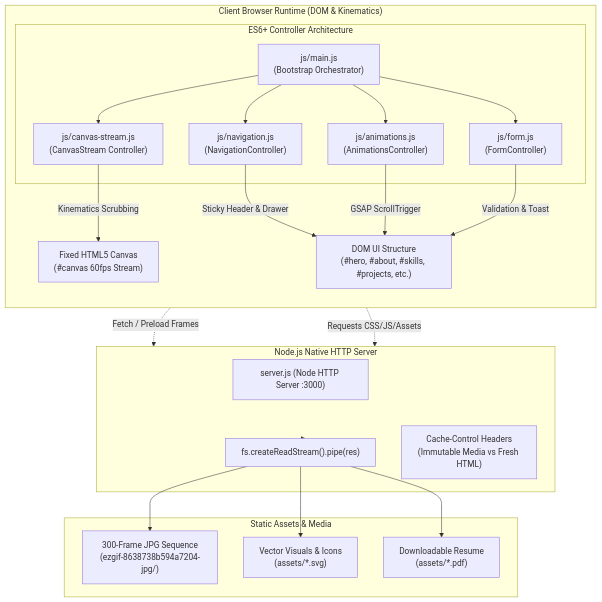
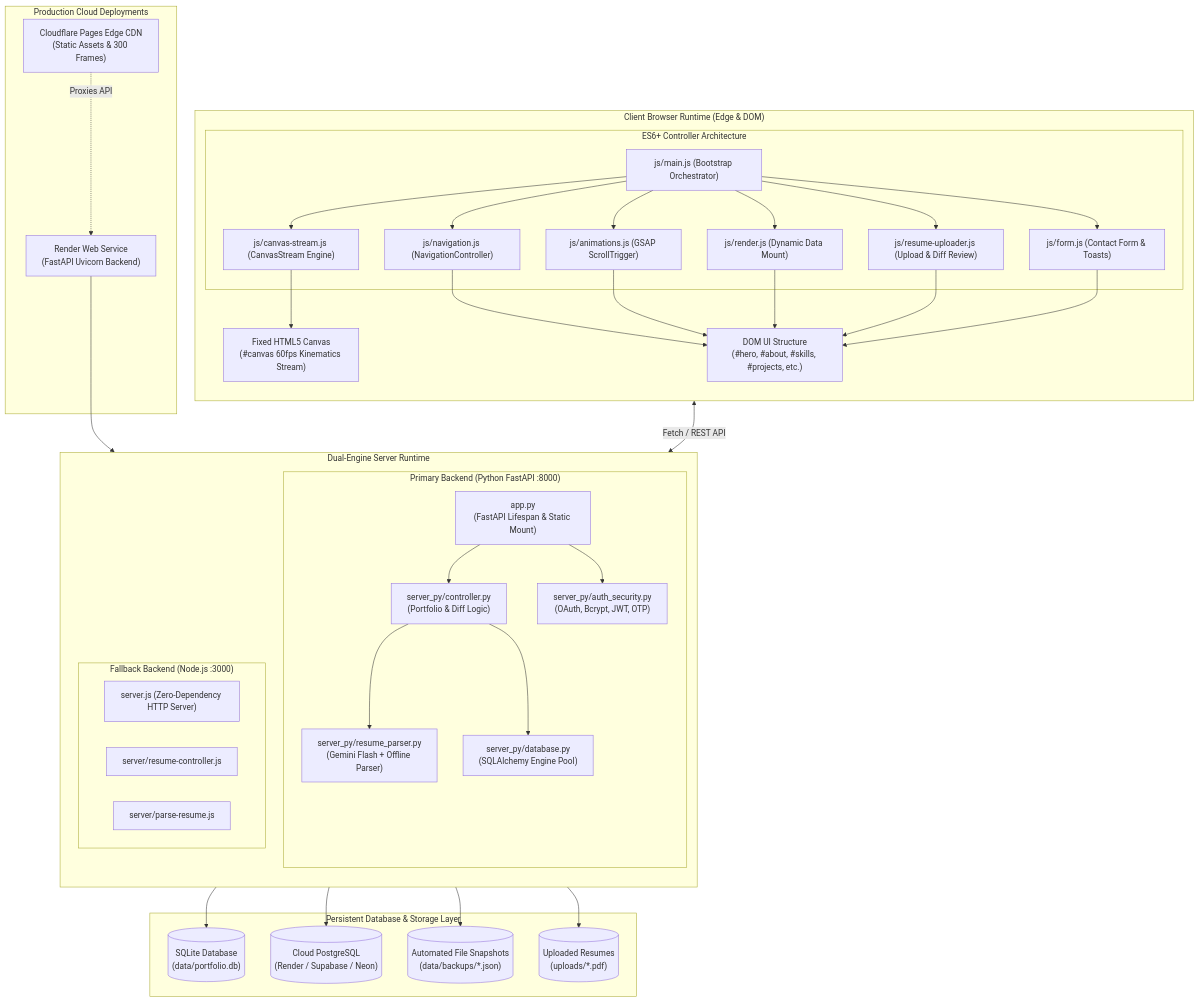
One commit to alam292/Protfolio changed the first of 6 diagrams in README.md. Above: the diagram before and after it, drawn with Mermaid. The commit also changed other lines of this file, not shown here.

Commit message:
docs: update README with v2.0.0 features, tech stack, and API docs

````diff
--- a/README.md
+++ b/README.md
@@ -127,45 +81,74 @@
 ```mermaid
 flowchart TB
-    subgraph Client ["Client Browser Runtime (DOM & Kinematics)"]
+    subgraph ClientLayer ["Client Browser Runtime (Edge & DOM)"]
         direction TB
         DOM["DOM UI Structure<br/>(#hero, #about, #skills, #projects, etc.)"]
-        CanvasBg["Fixed HTML5 Canvas<br/>(#canvas 60fps Stream)"]
+        CanvasBg["Fixed HTML5 Canvas<br/>(#canvas 60fps Kinematics Stream)"]
         
         subgraph Controllers ["ES6+ Controller Architecture"]
-            Main["js/main.js<br/>(Bootstrap Orchestrator)"]
-            CS["js/canvas-stream.js<br/>(CanvasStream Controller)"]
-            Nav["js/navigation.js<br/>(NavigationController)"]
-            Anim["js/animations.js<br/>(AnimationsController)"]
-            FormCtrl["js/form.js<br/>(FormController)"]
+            Main["js/main.js (Bootstrap Orchestrator)"]
+            CS["js/canvas-stream.js (CanvasStream Engine)"]
+            Nav["js/navigation.js (NavigationController)"]
+            Anim["js/animations.js (GSAP ScrollTrigger)"]
+            Render["js/render.js (Dynamic Data Mount)"]
+            Uploader["js/resume-uploader.js (Upload & Diff Review)"]
+            FormCtrl["js/form.js (Contact Form & Toasts)"]
         end
 
         Main --> CS
         Main --> Nav
         Main --> Anim
+        Main --> Render
+        Main --> Uploader
         Main --> FormCtrl
 
-        CS -->|Kinematics Scrubbing| CanvasBg
-        Nav -->|Sticky Header & Drawer| DOM
-        Anim -->|GSAP ScrollTrigger| DOM
-        FormCtrl -->|Validation & Toast| DOM
+        CS --> CanvasBg
+        Nav --> DOM
+        Anim --> DOM
+        Render --> DOM
+        Uploader --> DOM
+        FormCtrl --> DOM
     end
 
-    subgraph StaticAssets ["Static Assets & Media"]
-        Frames["300-Frame JPG Sequence<br/>(ezgif-8638738b594a7204-jpg/)"]
-        SVGs["Vector Visuals & Icons<br/>(assets/*.svg)"]
-        ResumePDF["Downloadable Resume<br/>(assets/*.pdf)"]
+    subgraph DualBackend ["Dual-Engine Server Runtime"]
+        direction TB
+        subgraph PythonFastAPI ["Primary Backend (Python FastAPI :8000)"]
+            FastAPIApp["app.py<br/>(FastAPI Lifespan & Static Mount)"]
+            PyController["server_py/controller.py<br/>(Portfolio & Diff Logic)"]
+            PyParser["server_py/resume_parser.py<br/>(Gemini Flash + Offline Parser)"]
+            PyAuth["server_py/auth_security.py<br/>(OAuth, Bcrypt, JWT, OTP)"]
+            PyDatabase["server_py/database.py<br/>(SQLAlchemy Engine Pool)"]
+        end
+
+        subgraph NodeRuntime ["Fallback Backend (Node.js :3000)"]
+            NodeServer["server.js (Zero-Dependency HTTP Server)"]
+            NodeController["server/resume-controller.js"]
+            NodeParser["server/parse-resume.js"]
+        end
     end
 
-    subgraph ServerRuntime ["Node.js Native HTTP Server"]
-        HTTPServer["server.js (Node HTTP Server :3000)"]
-        StreamPipe["fs.createReadStream().pipe(res)"]
-        CacheHeaders["Cache-Control Headers<br/>(Immutable Media vs Fresh HTML)"]
+    subgraph DataStorage ["Persistent Database & Storage Layer"]
+        SQLiteDB[("SQLite Database<br/>(data/portfolio.db)")]
+        PostgresDB[("Cloud PostgreSQL<br/>(Render / Supabase / Neon)")]
+        FileSnapshots[("Automated File Snapshots<br/>(data/backups/*.json)")]
+        UploadsStorage[("Uploaded Resumes<br/>(uploads/*.pdf)")]
     end
 
-    CS -.->|Fetch / Preload Frames| ServerRuntime
-    DOM -.->|Requests CSS/JS/Assets| ServerRuntime
-    ServerRuntime --> StreamPipe
-    StreamPipe --> Frames
-    StreamPipe --> SVGs
-    StreamPipe --> ResumePDF
+    subgraph CloudHosting ["Production Cloud Deployments"]
+        CloudflarePages["Cloudflare Pages Edge CDN<br/>(Static Assets & 300 Frames)"]
+        RenderHosting["Render Web Service<br/>(FastAPI Uvicorn Backend)"]
+    end
+
+    ClientLayer <-->|Fetch / REST API| DualBackend
+    FastAPIApp --> PyController
+    FastAPIApp --> PyAuth
+    PyController --> PyParser
+    PyController --> PyDatabase
+    PyDatabase --> SQLiteDB
+    PyDatabase --> PostgresDB
+    PyController --> FileSnapshots
+    FastAPIApp --> UploadsStorage
+
+    CloudflarePages -.->|Proxies API| RenderHosting
+    RenderHosting --> FastAPIApp
 ```
````
